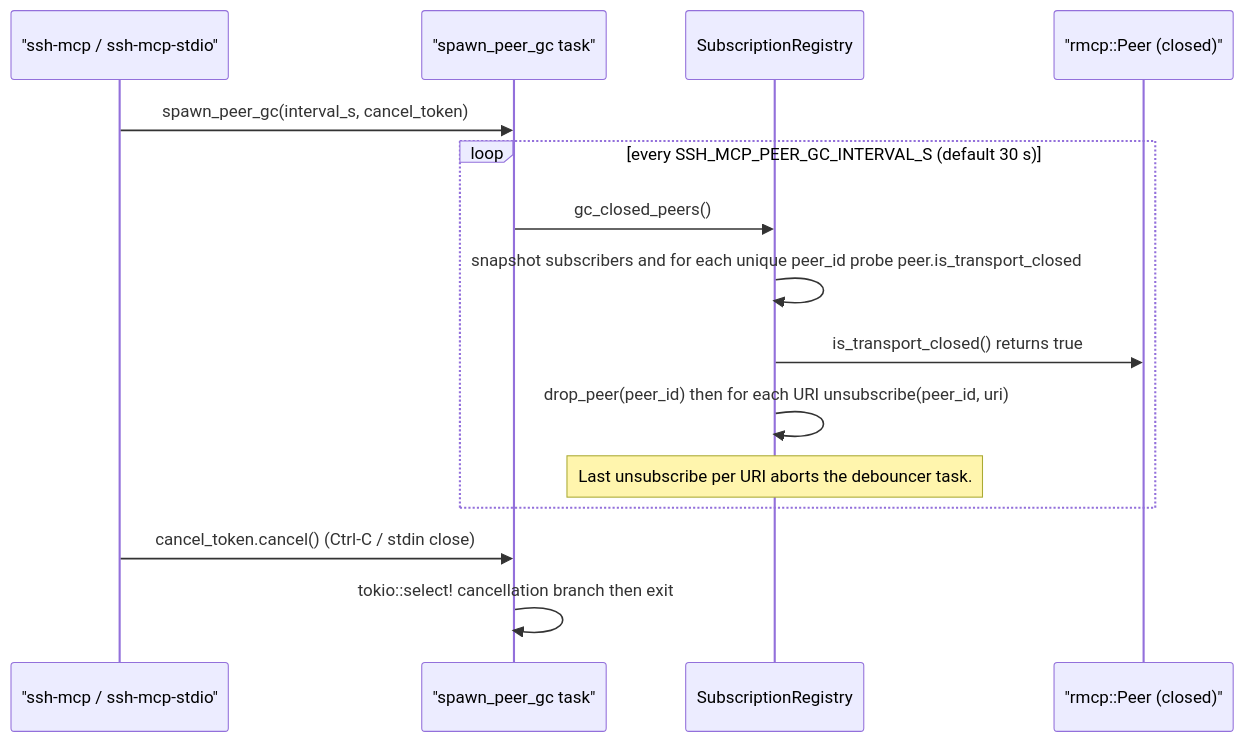
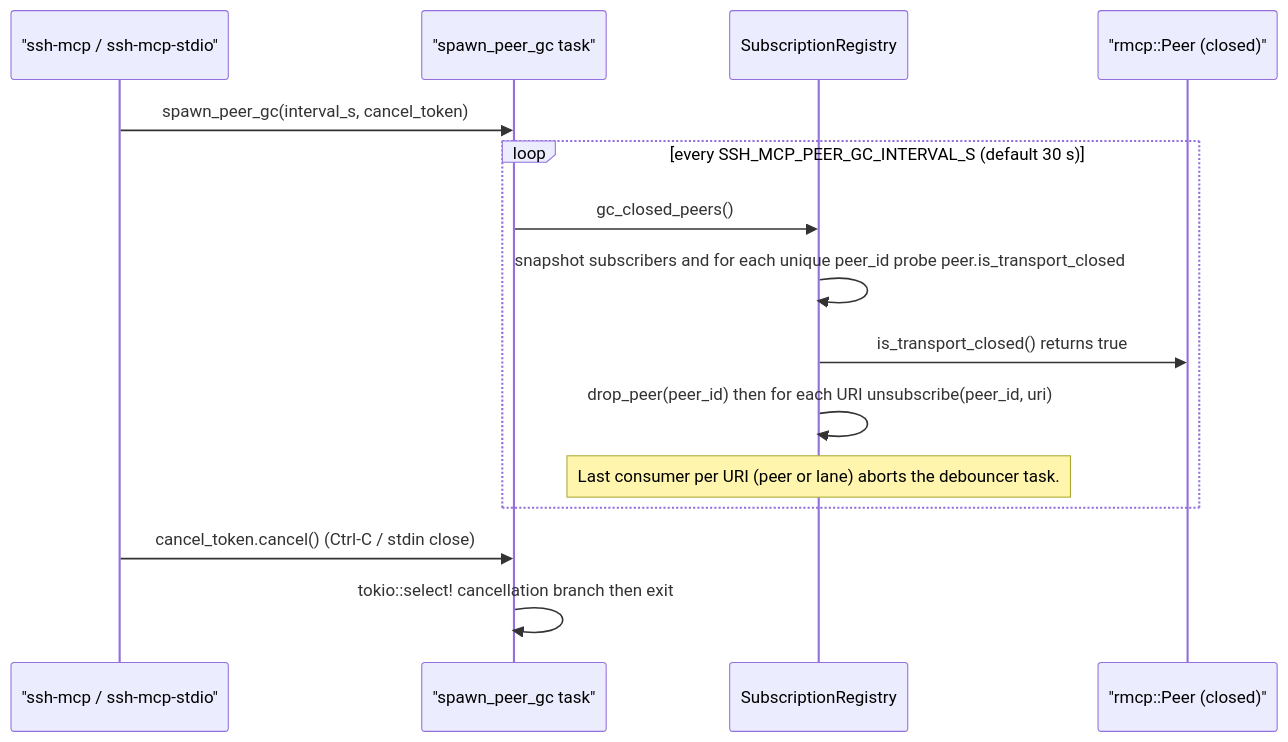
One commit to farchanjo/ssh-mcp changed the sixth of 7 diagrams in docs/OPERATIONS.md. Above: the diagram before and after it, drawn with Mermaid. The commit also changed other lines of this file and 151 other files, not shown here.

````diff
--- a/docs/OPERATIONS.md
+++ b/docs/OPERATIONS.md
@@ -775,20 +775,20 @@
 ```mermaid
 sequenceDiagram
     participant Bin as "ssh-mcp / ssh-mcp-stdio"
     participant GC as "spawn_peer_gc task"
     participant Reg as SubscriptionRegistry
     participant Peer as "rmcp::Peer (closed)"
 
     Bin->>GC: spawn_peer_gc(interval_s, cancel_token)
 
     loop every SSH_MCP_PEER_GC_INTERVAL_S (default 30 s)
         GC->>Reg: gc_closed_peers()
         Reg->>Reg: snapshot subscribers and for each unique peer_id probe peer.is_transport_closed
         Reg->>Peer: is_transport_closed() returns true
         Reg->>Reg: drop_peer(peer_id) then for each URI unsubscribe(peer_id, uri)
-        Note over Reg: Last unsubscribe per URI aborts the debouncer task.
+        Note over Reg: Last consumer per URI (peer or lane) aborts the debouncer task.
     end
 
     Bin->>GC: cancel_token.cancel() (Ctrl-C / stdin close)
     GC->>GC: tokio::select! cancellation branch then exit
 ```
````
